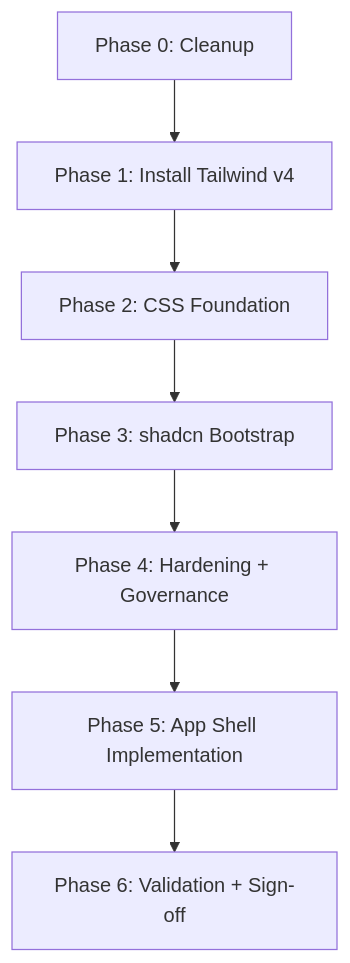
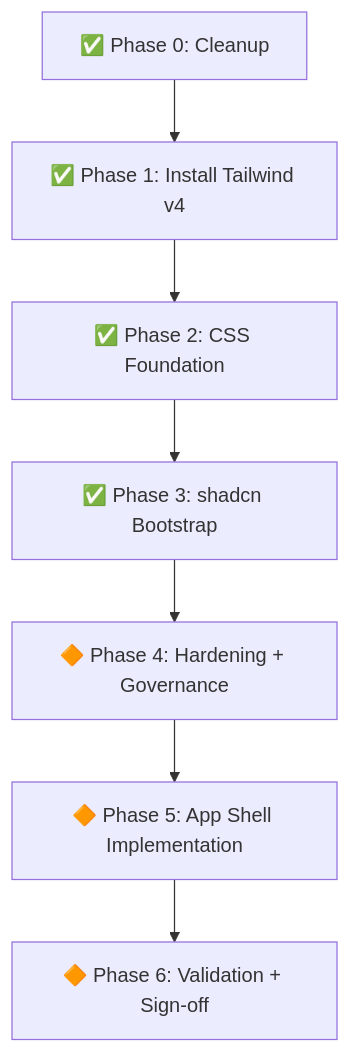
Before and after one commit to pohlai88/afenda-vite-react: the diagram in docs/TAILWIND_SHADCN_MIGRATION_PLAN.md, drawn with Mermaid. The commit also changed other lines of this file and 736 other files, not shown here.

````diff
--- a/docs/TAILWIND_SHADCN_MIGRATION_PLAN.md
+++ b/docs/TAILWIND_SHADCN_MIGRATION_PLAN.md
@@ -19,9 +39,9 @@
 ```mermaid
 flowchart TD
-  p0["Phase 0: Cleanup"] --> p1["Phase 1: Install Tailwind v4"]
-  p1 --> p2["Phase 2: CSS Foundation"]
-  p2 --> p3["Phase 3: shadcn Bootstrap"]
-  p3 --> p4["Phase 4: Hardening + Governance"]
-  p4 --> p5["Phase 5: App Shell Implementation"]
-  p5 --> p6["Phase 6: Validation + Sign-off"]
+  p0["✅ Phase 0: Cleanup"] --> p1["✅ Phase 1: Install Tailwind v4"]
+  p1 --> p2["✅ Phase 2: CSS Foundation"]
+  p2 --> p3["✅ Phase 3: shadcn Bootstrap"]
+  p3 --> p4["🔶 Phase 4: Hardening + Governance"]
+  p4 --> p5["🔶 Phase 5: App Shell Implementation"]
+  p5 --> p6["🔶 Phase 6: Validation + Sign-off"]
 ```
````
